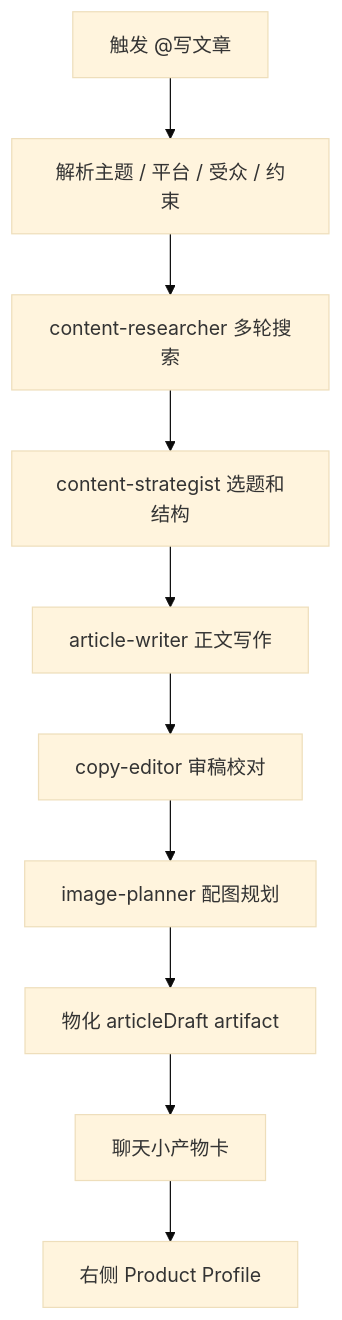
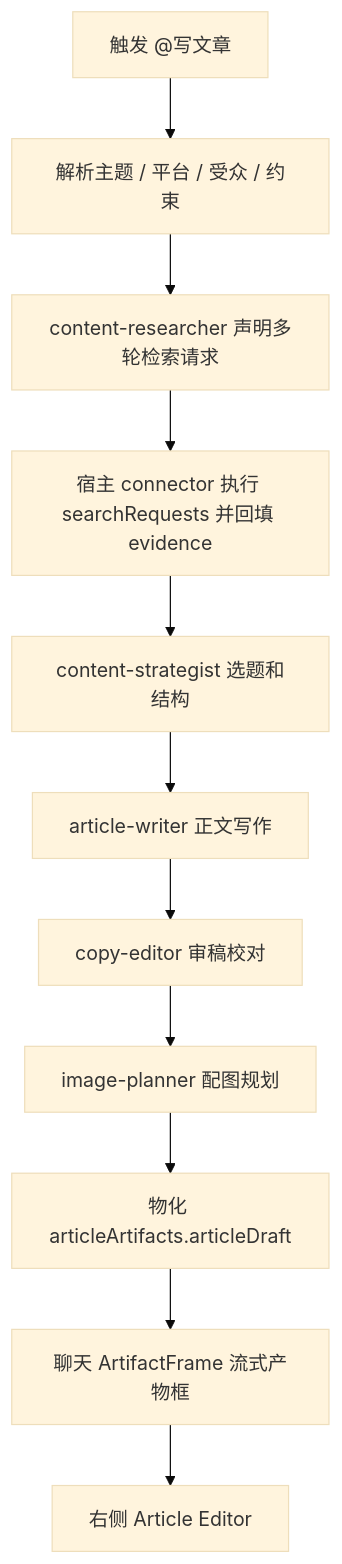
Before and after one commit to jiujuan/lime: the diagram in internal/roadmap/Writing/workflow-design.md, drawn with Mermaid (base theme). The commit also changed other lines of this file and 458 other files, not shown here.

````diff
--- a/internal/roadmap/Writing/workflow-design.md
+++ b/internal/roadmap/Writing/workflow-design.md
@@ -54,12 +57,13 @@
 ```mermaid
 flowchart TD
   Start[触发 @写文章] --> Parse[解析主题 / 平台 / 受众 / 约束]
-  Parse --> Research[content-researcher 多轮搜索]
-  Research --> Strategy[content-strategist 选题和结构]
+  Parse --> Research[content-researcher 声明多轮检索请求]
+  Research --> HostSearch[宿主 connector 执行 searchRequests 并回填 evidence]
+  HostSearch --> Strategy[content-strategist 选题和结构]
   Strategy --> Draft[article-writer 正文写作]
   Draft --> Edit[copy-editor 审稿校对]
   Edit --> ImagePlan[image-planner 配图规划]
-  ImagePlan --> Materialize[物化 articleDraft artifact]
-  Materialize --> Card[聊天小产物卡]
-  Card --> Profile[右侧 Product Profile]
+  ImagePlan --> Materialize[物化 articleArtifacts.articleDraft]
+  Materialize --> Frame[聊天 ArtifactFrame 流式产物框]
+  Frame --> Editor[右侧 Article Editor]
 ```
````
